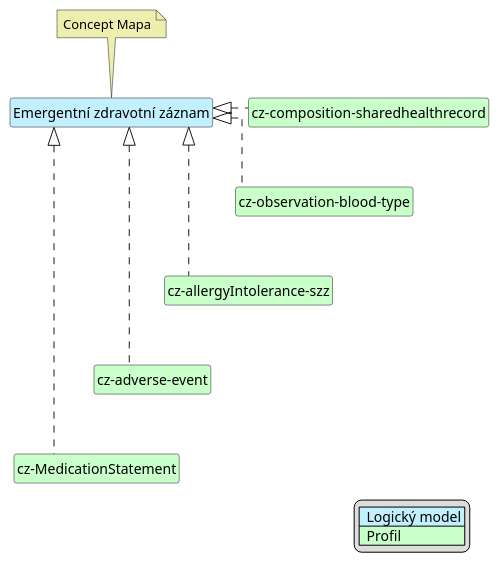
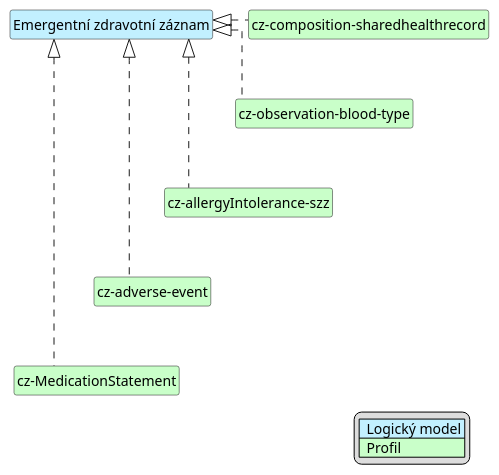
One commit to HL7-cz/szz changed the diagram in input/images-source/szz-ezz-map-cs.plantuml. Above: the diagram before and after it, drawn with PlantUML. The commit also changed 13 other files, not shown here.

```diff
--- a/input/images-source/szz-ezz-map-cs.plantuml
+++ b/input/images-source/szz-ezz-map-cs.plantuml
@@ -1,38 +1,35 @@
 @startuml
 hide circle
 hide stereotype
 hide members
 hide methods
 skinparam linetype ortho
 skinparam class {
 BackgroundColor<<LogicalModel>> #APPLICATION
 BackgroundColor<<Profile>> #TECHNOLOGY
 }
 legend right
 | <#APPLICATION>  Logický model |
 | <#TECHNOLOGY>  Profil |
 endlegend
 
 class "Emergentní zdravotní záznam" <<LogicalModel>> [[StructureDefinition-LogEmergencyRecordCz.html]]
-note top #EEEEAE [[ConceptMap-EmergencyRecord2FHIR-cz.html]]
-Concept Mapa
-endnote
 
 class "cz-composition-sharedhealthrecord" <<Profile>> [[StructureDefinition-cz-composition-sharedhealthrecord.html]]
 class "cz-observation-blood-type" <<Profile>> [[StructureDefinition-cz-observation-blood-type.html]]
 class "cz-allergyIntolerance-szz" <<Profile>> [[StructureDefinition-cz-allergyIntolerance-szz.html]]
 class "cz-adverse-event" <<Profile>> [[StructureDefinition-cz-adverse-event.html]]
 class "cz-MedicationStatement" <<Profile>> [[https://build.fhir.org/ig/HL7-cz/cz-core/StructureDefinition-cz-MedicationStatement.html]]
 
 "Emergentní zdravotní záznam" <|. "cz-composition-sharedhealthrecord"
 "Emergentní zdravotní záznam" <|. "cz-observation-blood-type"
 "Emergentní zdravotní záznam" <|. "cz-allergyIntolerance-szz"
 "Emergentní zdravotní záznam" <|. "cz-adverse-event"
 "Emergentní zdravotní záznam" <|. "cz-MedicationStatement"
 
 "cz-composition-sharedhealthrecord" -d[hidden]-> "cz-observation-blood-type"
 "cz-observation-blood-type" -d[hidden]-> "cz-allergyIntolerance-szz"
 "cz-allergyIntolerance-szz" -d[hidden]-> "cz-adverse-event"
 "cz-adverse-event" -d[hidden]-> "cz-MedicationStatement"
 
 @enduml
```
